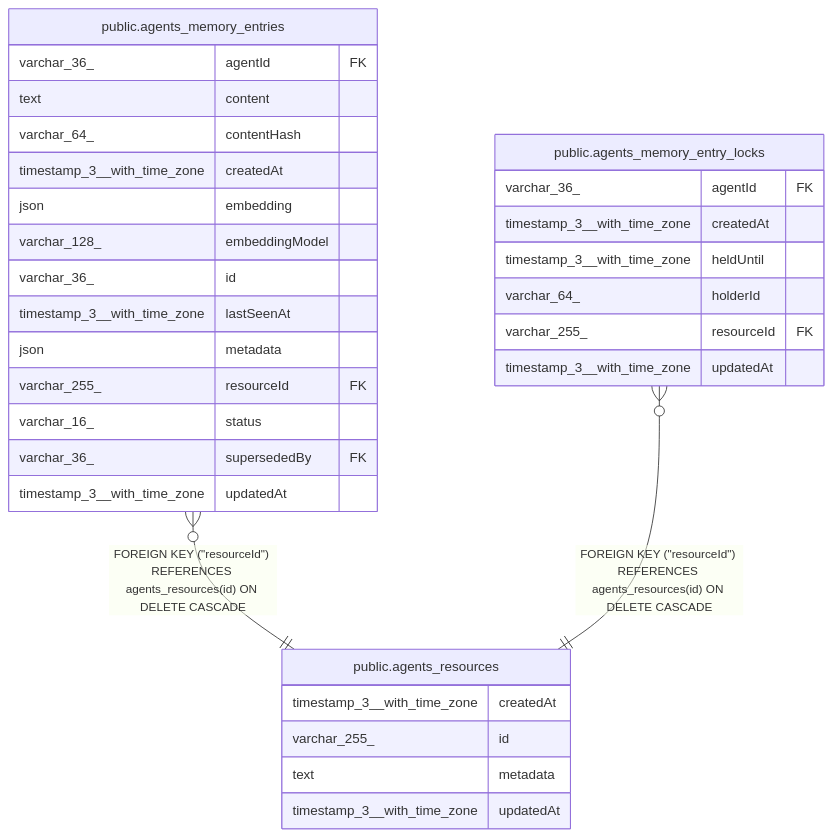
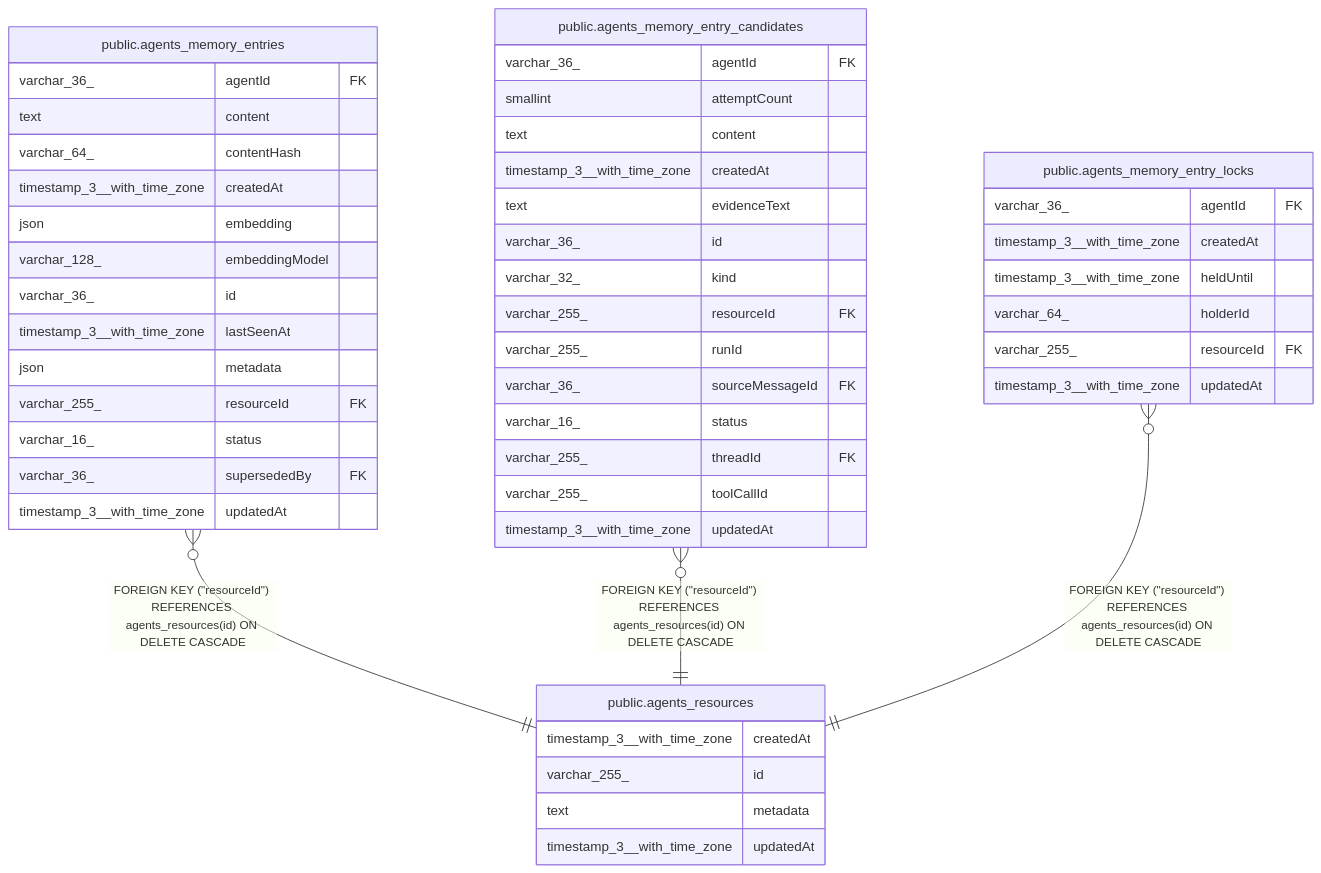
Before and after one commit to Tanishq-1/all-global-plugin: the diagram in universal-plugin/backend/oss/n8n/docs/generated/postgres-schema/public.agents_resources.md, drawn with Mermaid. The commit also changed other lines of this file and 3199 other files, not shown here.

````diff
--- a/universal-plugin/backend/oss/n8n/docs/generated/postgres-schema/public.agents_resources.md
+++ b/universal-plugin/backend/oss/n8n/docs/generated/postgres-schema/public.agents_resources.md
@@ -29,36 +29,53 @@
 ```mermaid
 erDiagram
 
 "public.agents_memory_entries" }o--|| "public.agents_resources" : "FOREIGN KEY (#quot;resourceId#quot;) REFERENCES agents_resources(id) ON DELETE CASCADE"
+"public.agents_memory_entry_candidates" }o--|| "public.agents_resources" : "FOREIGN KEY (#quot;resourceId#quot;) REFERENCES agents_resources(id) ON DELETE CASCADE"
 "public.agents_memory_entry_locks" }o--|| "public.agents_resources" : "FOREIGN KEY (#quot;resourceId#quot;) REFERENCES agents_resources(id) ON DELETE CASCADE"
 
 "public.agents_resources" {
   timestamp_3__with_time_zone createdAt
   varchar_255_ id
   text metadata
   timestamp_3__with_time_zone updatedAt
 }
 "public.agents_memory_entries" {
   varchar_36_ agentId FK
   text content
   varchar_64_ contentHash
   timestamp_3__with_time_zone createdAt
   json embedding
   varchar_128_ embeddingModel
   varchar_36_ id
   timestamp_3__with_time_zone lastSeenAt
   json metadata
   varchar_255_ resourceId FK
   varchar_16_ status
   varchar_36_ supersededBy FK
   timestamp_3__with_time_zone updatedAt
 }
+"public.agents_memory_entry_candidates" {
+  varchar_36_ agentId FK
+  smallint attemptCount
+  text content
+  timestamp_3__with_time_zone createdAt
+  text evidenceText
+  varchar_36_ id
+  varchar_32_ kind
+  varchar_255_ resourceId FK
+  varchar_255_ runId
+  varchar_36_ sourceMessageId FK
+  varchar_16_ status
+  varchar_255_ threadId FK
+  varchar_255_ toolCallId
+  timestamp_3__with_time_zone updatedAt
+}
 "public.agents_memory_entry_locks" {
   varchar_36_ agentId FK
   timestamp_3__with_time_zone createdAt
   timestamp_3__with_time_zone heldUntil
   varchar_64_ holderId
   varchar_255_ resourceId FK
   timestamp_3__with_time_zone updatedAt
 }
 ```
````
